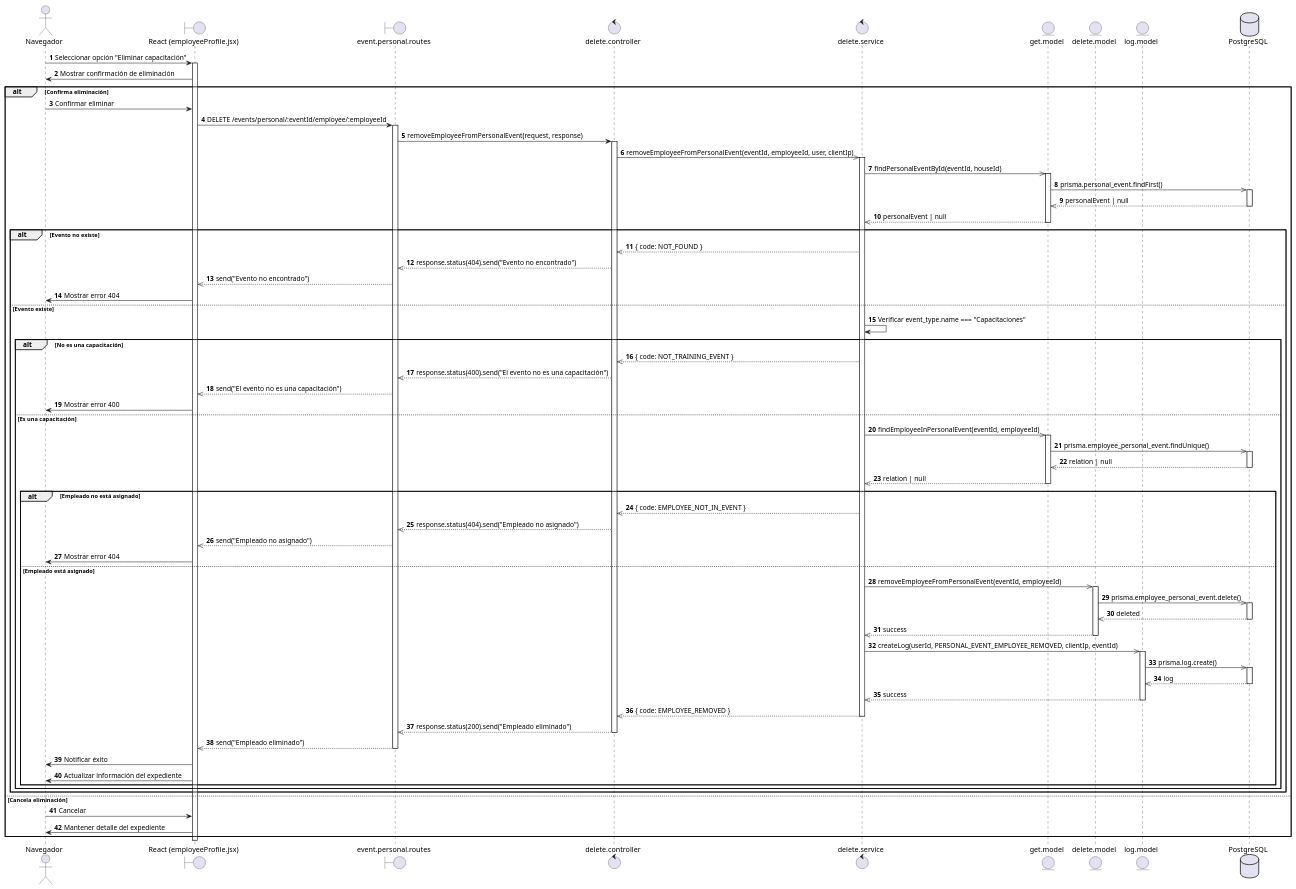
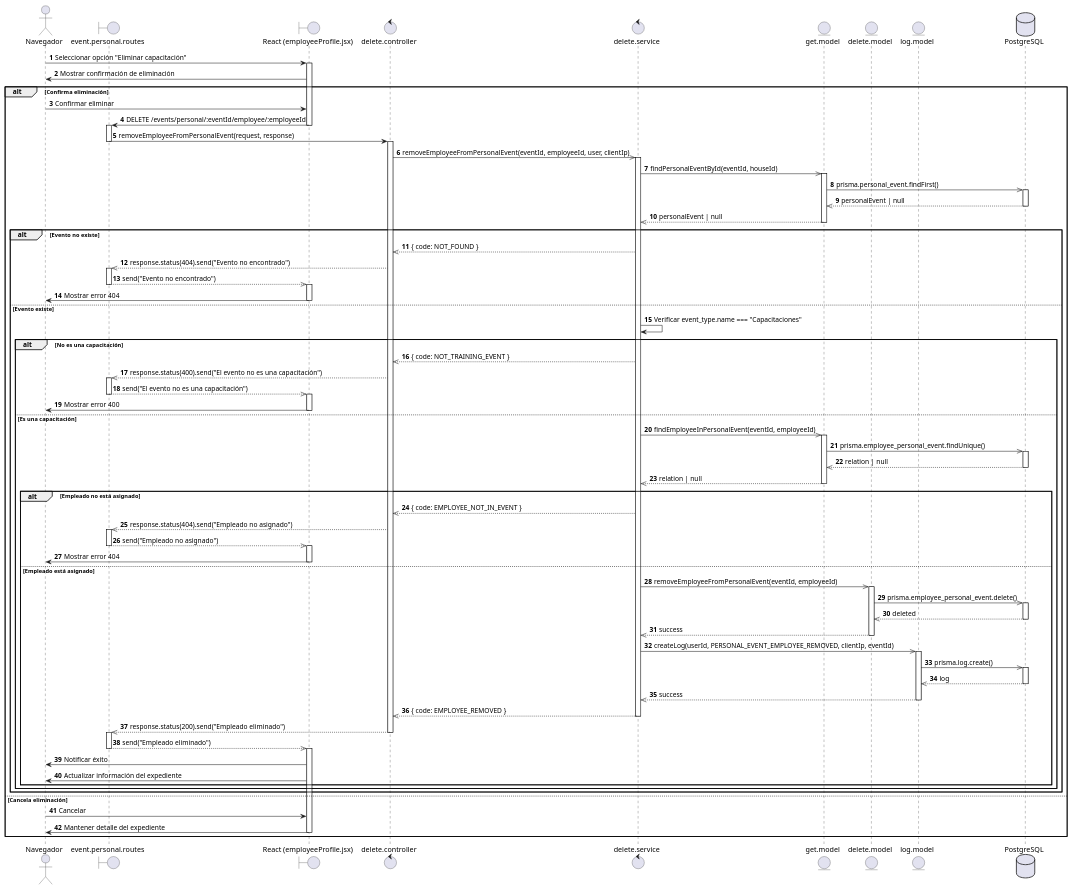
One commit to AztlanConsulting/RCHQ-Back changed the diagram in diagrams/Sequence diagram/US50.puml. Above: the diagram before and after it, drawn with PlantUML.

Commit message:
docs(DS): Se corrgen lineas de vida de los diagramas.

```diff
--- a/diagrams/Sequence diagram/US50.puml
+++ b/diagrams/Sequence diagram/US50.puml
@@ -1,113 +1,128 @@
 @startuml US50 - Coordinador elimina empleado de capacitación
 
 actor Navegador
+boundary "event.personal.routes" as routes
 boundary "React (employeeProfile.jsx)" as ReactView
-boundary "event.personal.routes" as routes
 control "delete.controller" as controller
 control "delete.service" as service
 entity "get.model" as get.model
 entity "delete.model" as delete.model
 entity "log.model" as log.model
 database PostgreSQL
 
 autonumber
 
 Navegador -> ReactView : Seleccionar opción "Eliminar capacitación"
 activate ReactView
 
 ReactView -> Navegador : Mostrar confirmación de eliminación
 
 alt Confirma eliminación
     Navegador -> ReactView : Confirmar eliminar
 
     ReactView -> routes : DELETE /events/personal/:eventId/employee/:employeeId
+    deactivate ReactView
     activate routes
 
     routes -> controller : removeEmployeeFromPersonalEvent(request, response)
+    deactivate routes
     activate controller
 
     controller ->> service : removeEmployeeFromPersonalEvent(eventId, employeeId, user, clientIp)
     activate service
 
     service ->> get.model : findPersonalEventById(eventId, houseId)
     activate get.model
     get.model ->> PostgreSQL : prisma.personal_event.findFirst()
     activate PostgreSQL
     PostgreSQL -->> get.model : personalEvent | null
     deactivate PostgreSQL
     get.model -->> service : personalEvent | null
     deactivate get.model
 
     alt Evento no existe
         service -->> controller : { code: NOT_FOUND }
         controller -->> routes : response.status(404).send("Evento no encontrado")
+        activate routes
         routes -->> ReactView : send("Evento no encontrado")
+        deactivate routes
+        activate ReactView
         ReactView -> Navegador : Mostrar error 404
+        deactivate ReactView
 
     else Evento existe
         service -> service : Verificar event_type.name === "Capacitaciones"
 
         alt No es una capacitación
             service -->> controller : { code: NOT_TRAINING_EVENT }
             controller -->> routes : response.status(400).send("El evento no es una capacitación")
+            activate routes
             routes -->> ReactView : send("El evento no es una capacitación")
+            deactivate routes
+            activate ReactView
             ReactView -> Navegador : Mostrar error 400
+            deactivate ReactView
 
         else Es una capacitación
             service ->> get.model : findEmployeeInPersonalEvent(eventId, employeeId)
             activate get.model
             get.model ->> PostgreSQL : prisma.employee_personal_event.findUnique()
             activate PostgreSQL
             PostgreSQL -->> get.model : relation | null
             deactivate PostgreSQL
             get.model -->> service : relation | null
             deactivate get.model
 
             alt Empleado no está asignado
                 service -->> controller : { code: EMPLOYEE_NOT_IN_EVENT }
                 controller -->> routes : response.status(404).send("Empleado no asignado")
+                activate routes
                 routes -->> ReactView : send("Empleado no asignado")
+                deactivate routes
+                activate ReactView
                 ReactView -> Navegador : Mostrar error 404
+                deactivate ReactView
 
             else Empleado está asignado
                 service ->> delete.model : removeEmployeeFromPersonalEvent(eventId, employeeId)
                 activate delete.model
                 delete.model ->> PostgreSQL : prisma.employee_personal_event.delete()
                 activate PostgreSQL
                 PostgreSQL -->> delete.model : deleted
                 deactivate PostgreSQL
                 delete.model -->> service : success
                 deactivate delete.model
 
                 service ->> log.model : createLog(userId, PERSONAL_EVENT_EMPLOYEE_REMOVED, clientIp, eventId)
                 activate log.model
                 log.model ->> PostgreSQL : prisma.log.create()
                 activate PostgreSQL
                 PostgreSQL -->> log.model : log
                 deactivate PostgreSQL
                 log.model -->> service : success
                 deactivate log.model
 
                 service -->> controller : { code: EMPLOYEE_REMOVED }
                 deactivate service
 
                 controller -->> routes : response.status(200).send("Empleado eliminado")
                 deactivate controller
+                activate routes
 
                 routes -->> ReactView : send("Empleado eliminado")
                 deactivate routes
+                activate ReactView
 
                 ReactView -> Navegador : Notificar éxito
                 ReactView -> Navegador : Actualizar información del expediente
             end
         end
     end
 
 else Cancela eliminación
     Navegador -> ReactView : Cancelar
     ReactView -> Navegador : Mantener detalle del expediente
+    deactivate ReactView
 end
 
-deactivate ReactView
-
 @enduml
```
